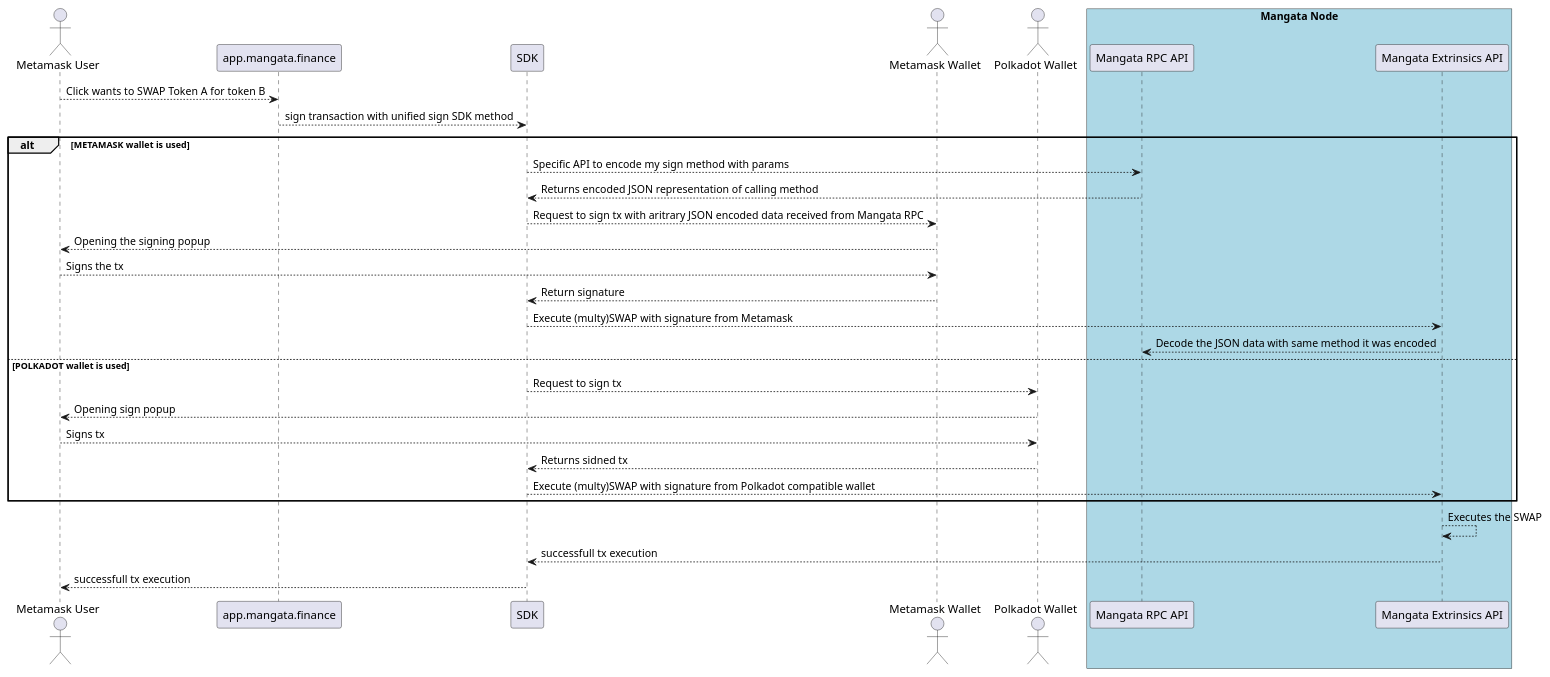
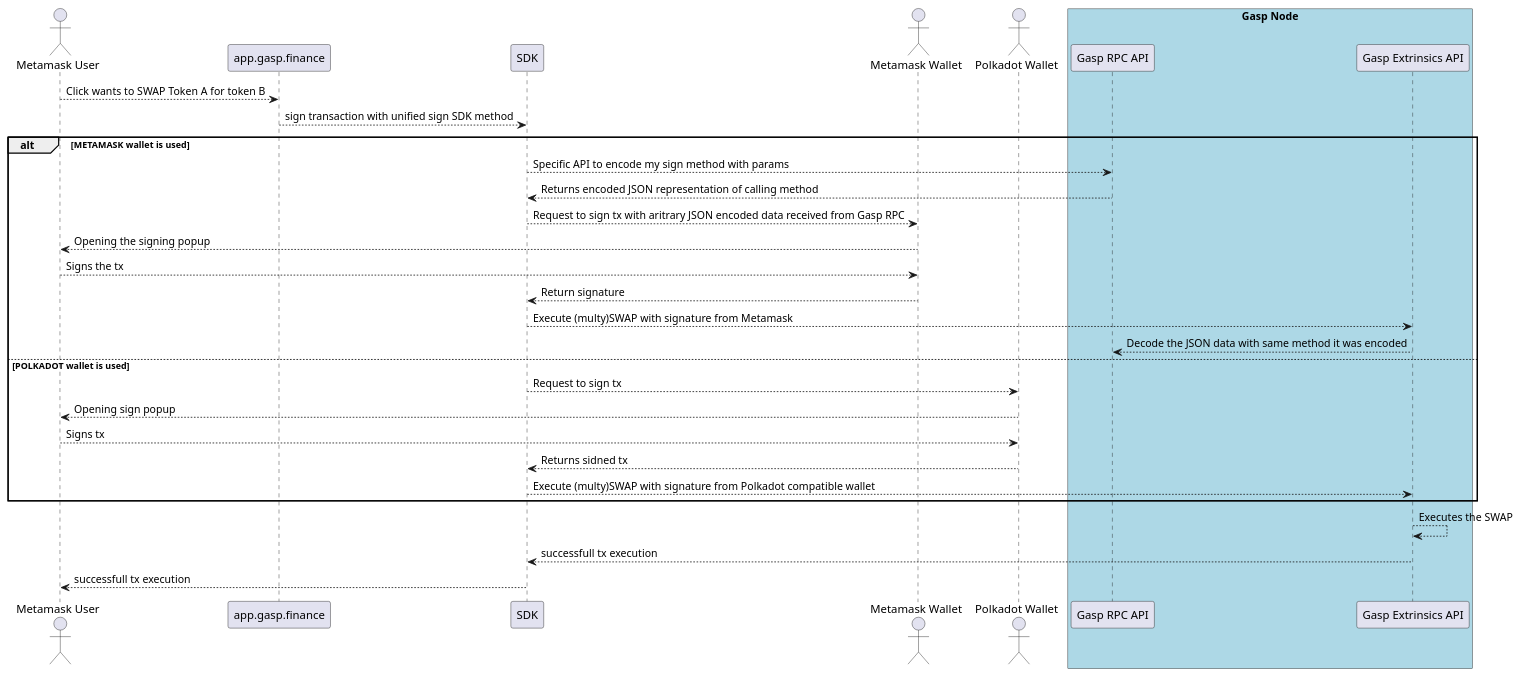
Before and after one commit to mangata-finance/diagrams: the second of 4 diagrams in README.md, drawn with PlantUML. The commit also changed other lines of this file, not shown here.

````diff
--- a/README.md
+++ b/README.md
@@ -155,45 +167,45 @@
-```plantuml:mangata-metamask-signing
+```plantuml:gasp-metamask-signing
 
 @startuml
 
 actor       "Metamask User"       as user
 
 
-participant "app.mangata.finance" as app
+participant "app.gasp.finance" as app
 
 participant "SDK" as sdk
 
 actor       "Metamask Wallet"       as met
 
 actor       "Polkadot Wallet"       as pol
 
-box "Mangata Node" #LightBlue
-participant "Mangata RPC API"   as rpc
-participant "Mangata Extrinsics API" as ext
+box "Gasp Node" #LightBlue
+participant "Gasp RPC API"   as rpc
+participant "Gasp Extrinsics API" as ext
 end box
 
 user --> app: Click wants to SWAP Token A for token B
 app --> sdk: sign transaction with unified sign SDK method
 
 alt METAMASK wallet is used
   sdk --> rpc: Specific API to encode my sign method with params
   rpc --> sdk: Returns encoded JSON representation of calling method
-  sdk --> met: Request to sign tx with aritrary JSON encoded data received from Mangata RPC
+  sdk --> met: Request to sign tx with aritrary JSON encoded data received from Gasp RPC
   met --> user: Opening the signing popup
   user --> met: Signs the tx
   met --> sdk: Return signature
   sdk --> ext: Execute (multy)SWAP with signature from Metamask
   ext --> rpc: Decode the JSON data with same method it was encoded
 else POLKADOT wallet is used
   sdk --> pol: Request to sign tx
   pol --> user: Opening sign popup
   user --> pol: Signs tx
   pol --> sdk: Returns sidned tx
   sdk --> ext: Execute (multy)SWAP with signature from Polkadot compatible wallet
 end
   ext --> ext: Executes the SWAP
   ext --> sdk: successfull tx execution
   sdk --> user: successfull tx execution
 
 @enduml
 ```
````
